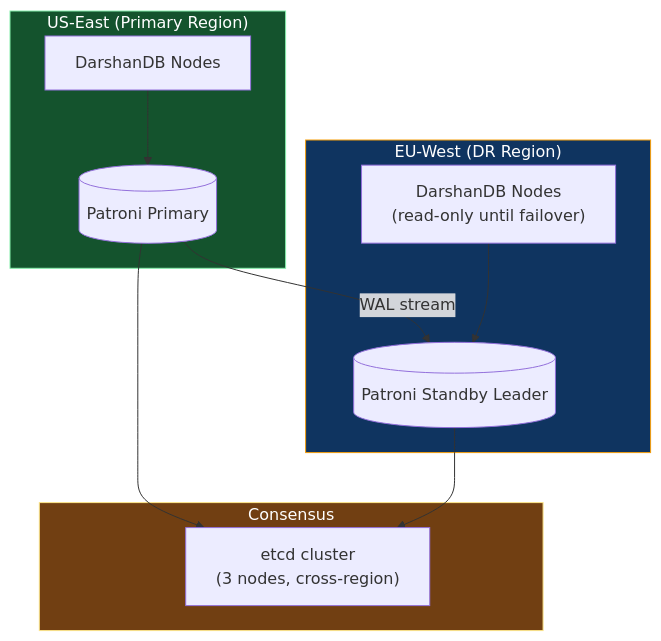
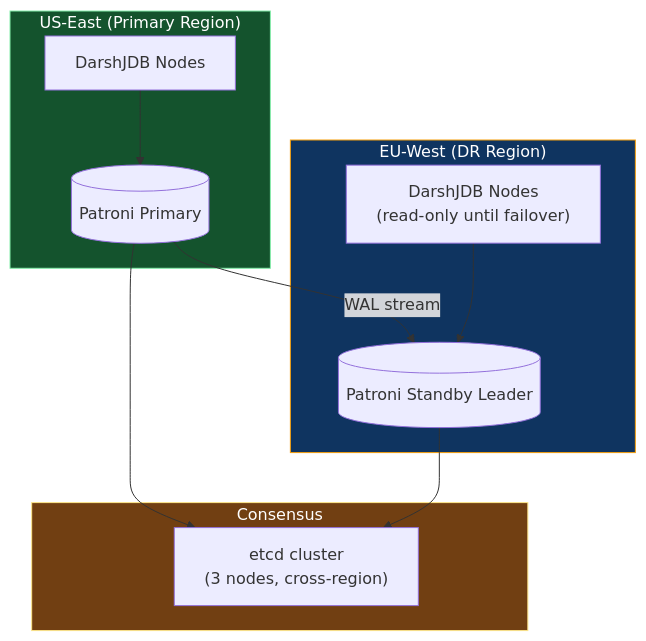
The tenth of 12 diagrams in docs/strategy/SCALABILITY_STRATEGY.md (darshjme/darshjdb), drawn with Mermaid before and after one commit. The commit also changed other lines of this file and 107 other files, not shown here.

First line of the commit message:
rebrand: DarshanDB → DarshJDB (DDB)

````diff
--- a/docs/strategy/SCALABILITY_STRATEGY.md
+++ b/docs/strategy/SCALABILITY_STRATEGY.md
@@ -1038,26 +1038,26 @@
 ```mermaid
 graph TB
     subgraph US["US-East (Primary Region)"]
         P_US[("Patroni Primary")]
-        DDB_US["DarshanDB Nodes"]
+        DDB_US["DarshJDB Nodes"]
     end
 
     subgraph EU["EU-West (DR Region)"]
         P_EU[("Patroni Standby Leader")]
-        DDB_EU["DarshanDB Nodes\n(read-only until failover)"]
+        DDB_EU["DarshJDB Nodes\n(read-only until failover)"]
     end
 
     subgraph Consensus["Consensus"]
         ETCD["etcd cluster\n(3 nodes, cross-region)"]
     end
 
     P_US -->|"WAL stream"| P_EU
     P_US --> ETCD
     P_EU --> ETCD
     DDB_US --> P_US
     DDB_EU --> P_EU
 
     style US fill:#14532d,stroke:#86efac,color:#fff
     style EU fill:#0f3460,stroke:#F59E0B,color:#fff
     style Consensus fill:#713f12,stroke:#fde68a,color:#fff
 ```
````
